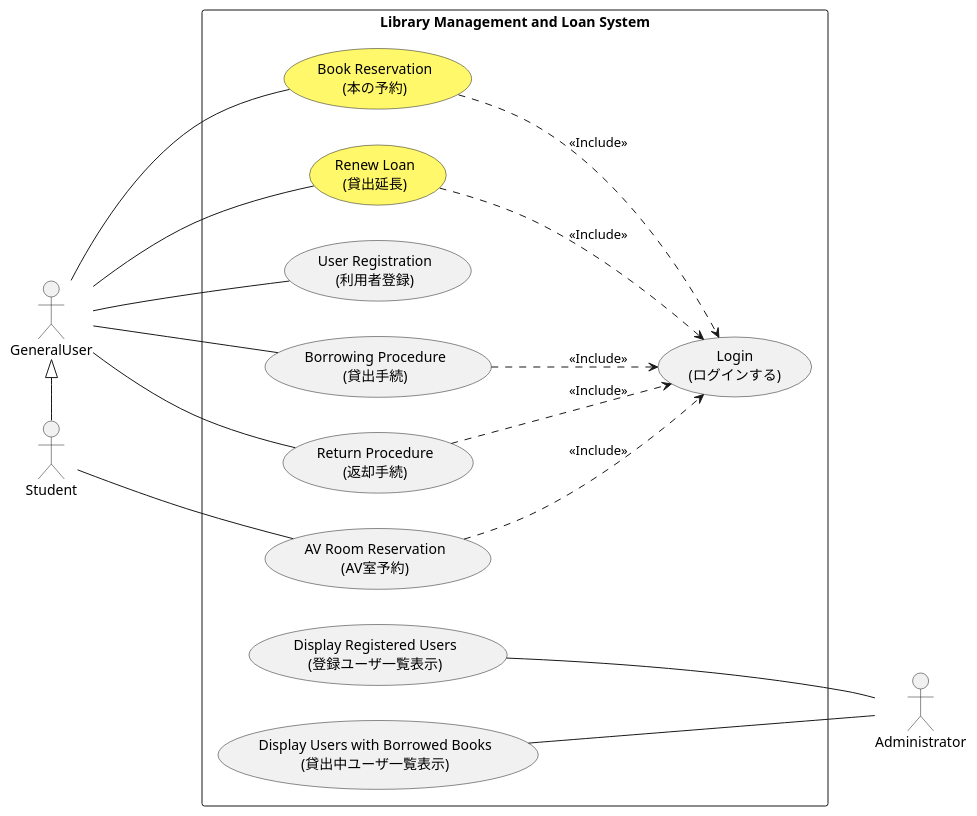
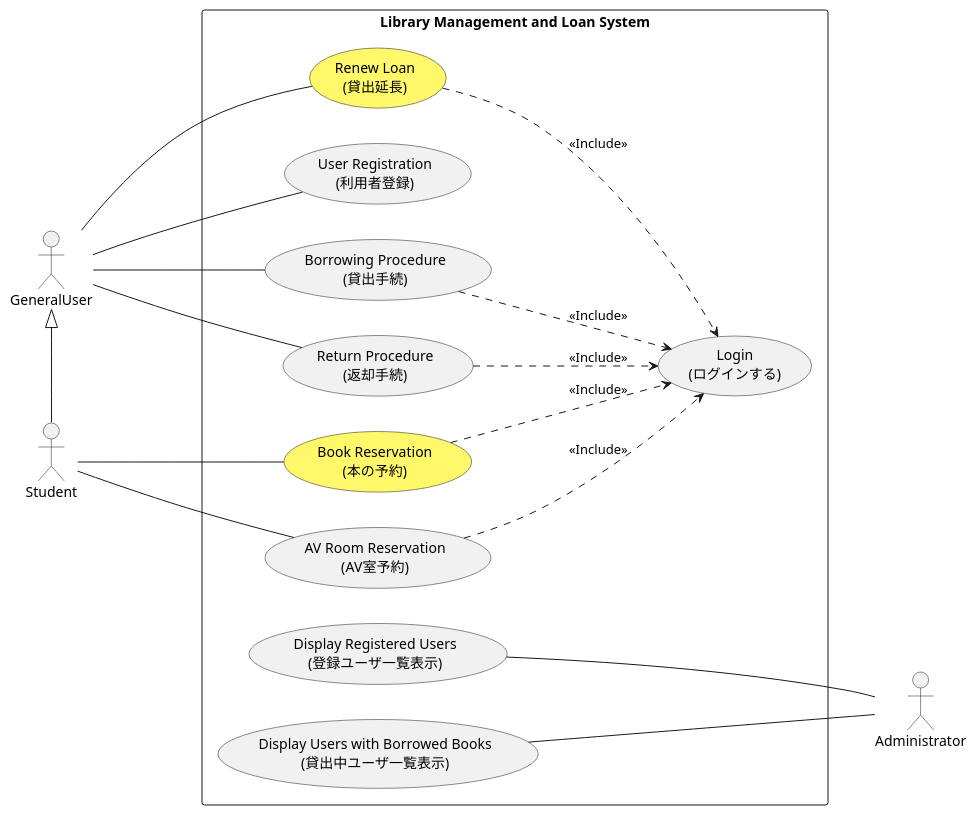
The diagram in src/useCase.puml (zuzu2307/Final_UML), drawn with PlantUML before and after one commit. The commit also changed 1 other file, not shown here.

```diff
--- a/src/useCase.puml
+++ b/src/useCase.puml
@@ -1,51 +1,51 @@
 @startuml
 left to right direction
 
 skinparam packageStyle rectangle
 actor GeneralUser
 actor Student
 actor Administrator as Admin
 
 rectangle "Library Management and Loan System" {
 '---------- Start adding new feature ---------------
 
     usecase "Book Reservation\n(本の予約)" as u_BR #fff86b
     usecase "Renew Loan\n(貸出延長)" as u_renew #fff86b
 
 ' ---------- End adding new feature ----------------
     usecase "User Registration\n(利用者登録)" as u_reg
     usecase "Borrowing Procedure\n(貸出手続)" as u_borrow
     usecase "Return Procedure\n(返却手続)" as u_return
     usecase "Login\n(ログインする)" as u_login
     usecase "Display Registered Users\n(登録ユーザ一覧表示)" as u_dis_reg
     usecase "Display Users with Borrowed Books\n(貸出中ユーザ一覧表示)" as u_dis_borrow
     usecase "AV Room Reservation\n(AV室予約)" as u_av
 
 
     u_borrow ..> u_login : <<Include>>
     u_return ..> u_login : <<Include>>
     u_av ..> u_login : <<Include>>
 '---------- Start adding new feature ---------------
 
     u_BR ..> u_login : <<Include>>
     u_renew ..> u_login : <<Include>>
 
 ' ---------- End adding new feature ----------------
 }
 GeneralUser -- u_reg
 GeneralUser -- u_borrow
 GeneralUser -- u_return
 
 u_dis_reg --- Admin
 u_dis_borrow --- Admin
 
 Student -left-|> GeneralUser
 Student --- u_av
 
 '---------- Start adding new feature ---------------
 
-GeneralUser -- u_BR
+Student -- u_BR
 GeneralUser -- u_renew
 
 ' ---------- End adding new feature ----------------
 @enduml
```
